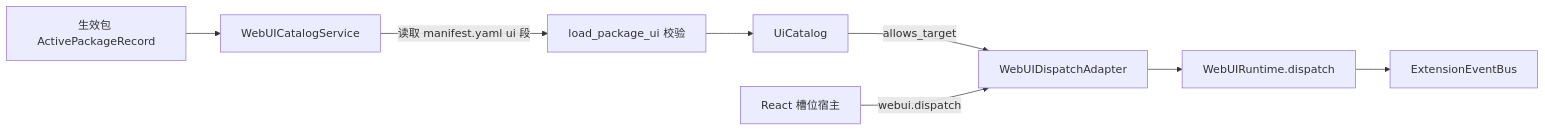
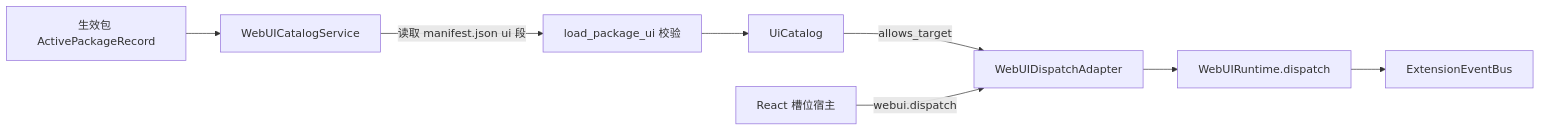
The first of 2 diagrams in jiuwenswarm/extensions_v2/docs/features/F_07_ui-contributions.md (openJiuwen-ai/jiuwenswarm), drawn with Mermaid before and after one commit. The commit also changed other lines of this file and 18 other files, not shown here.

First line of the commit message:
docs(extensions): document manifest.json packages and the plugin pages

````diff
--- a/jiuwenswarm/extensions_v2/docs/features/F_07_ui-contributions.md
+++ b/jiuwenswarm/extensions_v2/docs/features/F_07_ui-contributions.md
@@ -43,10 +43,10 @@
 ```mermaid
 flowchart LR
     A["生效包 ActivePackageRecord"] --> C["WebUICatalogService"]
-    C -->|"读取 manifest.yaml ui 段"| V["load_package_ui 校验"]
+    C -->|"读取 manifest.json ui 段"| V["load_package_ui 校验"]
     V --> D["UiCatalog"]
     D -->|"allows_target"| AD["WebUIDispatchAdapter"]
     FE["React 槽位宿主"] -->|"webui.dispatch"| AD
     AD --> RT["WebUIRuntime.dispatch"]
     RT --> B["ExtensionEventBus"]
 ```
````
